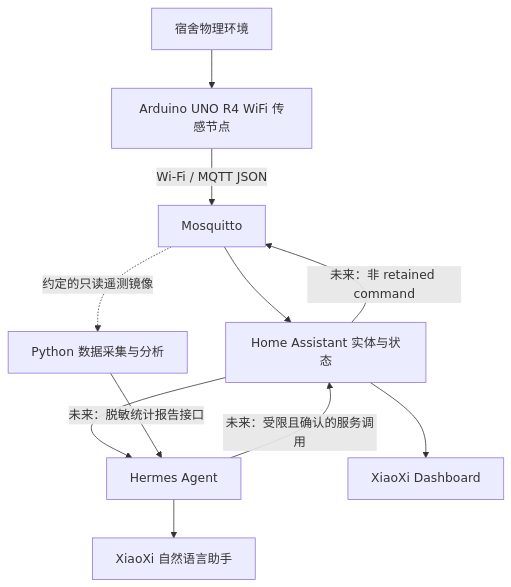
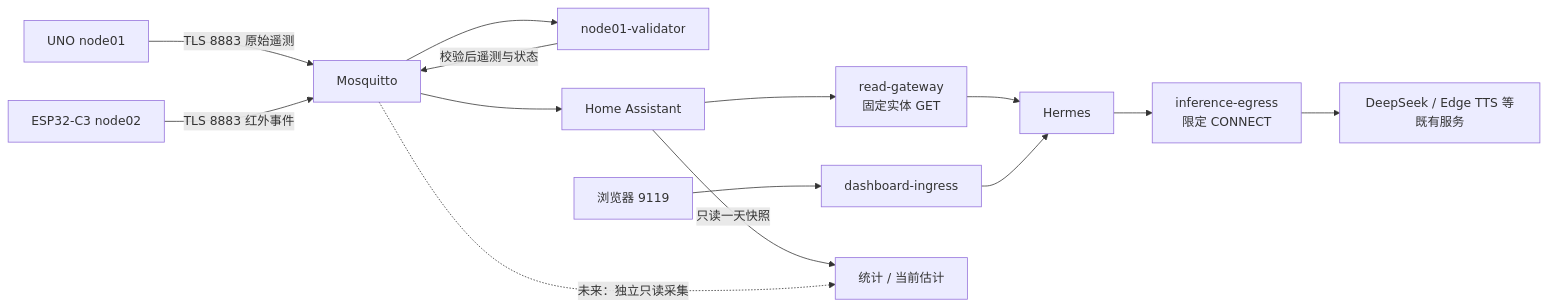
Before and after one commit to donald-trump86/xiaoxi-dormsense: the diagram in docs/architecture.md, drawn with Mermaid. The commit also changed other lines of this file and 20 other files, not shown here.

````diff
--- a/docs/architecture.md
+++ b/docs/architecture.md
@@ -5,13 +5,16 @@
 ```mermaid
-flowchart TD
-    P[宿舍物理环境] --> N[Arduino UNO R4 WiFi 传感节点]
-    N -->|Wi-Fi / MQTT JSON| M[Mosquitto]
-    M --> H[Home Assistant 实体与状态]
-    M -.约定的只读遥测镜像.-> D[Python 数据采集与分析]
-    H --> A[Hermes Agent]
-    D -->|未来：脱敏统计报告接口| A
-    H --> U[XiaoXi Dashboard]
-    A --> X[XiaoXi 自然语言助手]
-    A -->|未来：受限且确认的服务调用| H
-    H -->|未来：非 retained command| M
+flowchart LR
+    N[UNO node01] -->|TLS 8883 原始遥测| M[Mosquitto]
+    R[ESP32-C3 node02] -->|TLS 8883 红外事件| M
+    M --> V[node01-validator]
+    V -->|校验后遥测与状态| M
+    M --> H[Home Assistant]
+    H --> G[read-gateway\n固定实体 GET]
+    G --> A[Hermes]
+    U[浏览器 9119] --> I[dashboard-ingress]
+    I --> A
+    A --> E[inference-egress\n限定 CONNECT]
+    E --> C[DeepSeek / Edge TTS 等既有服务]
+    H -->|只读一天快照| D[统计 / 当前估计]
+    M -.未来：独立只读采集.-> D
 ```
````
